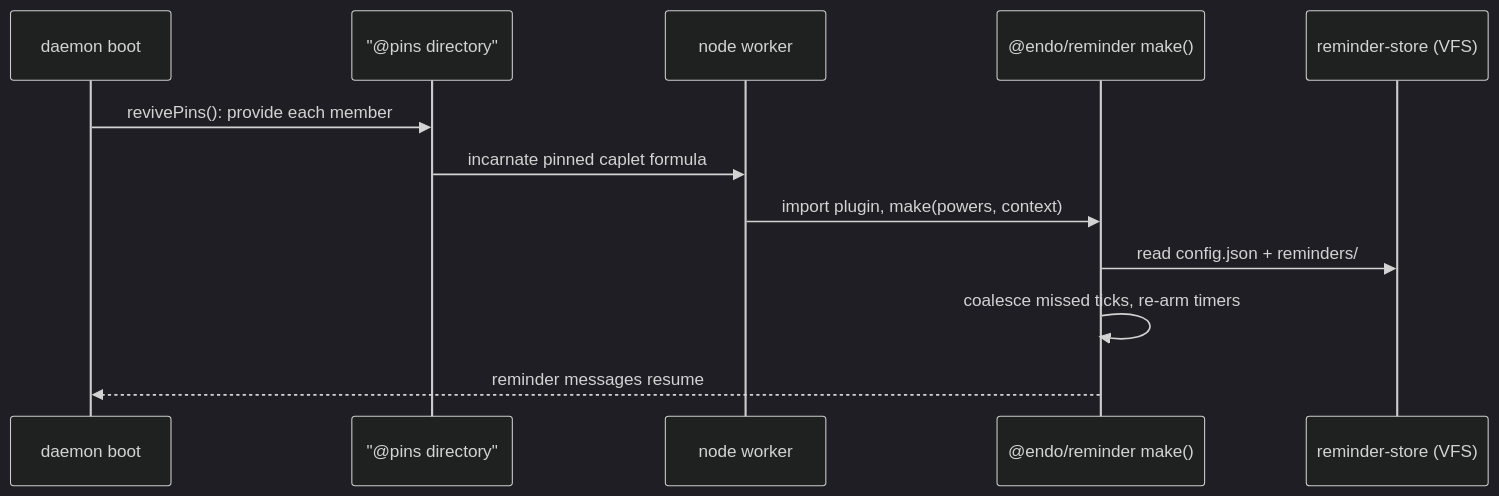
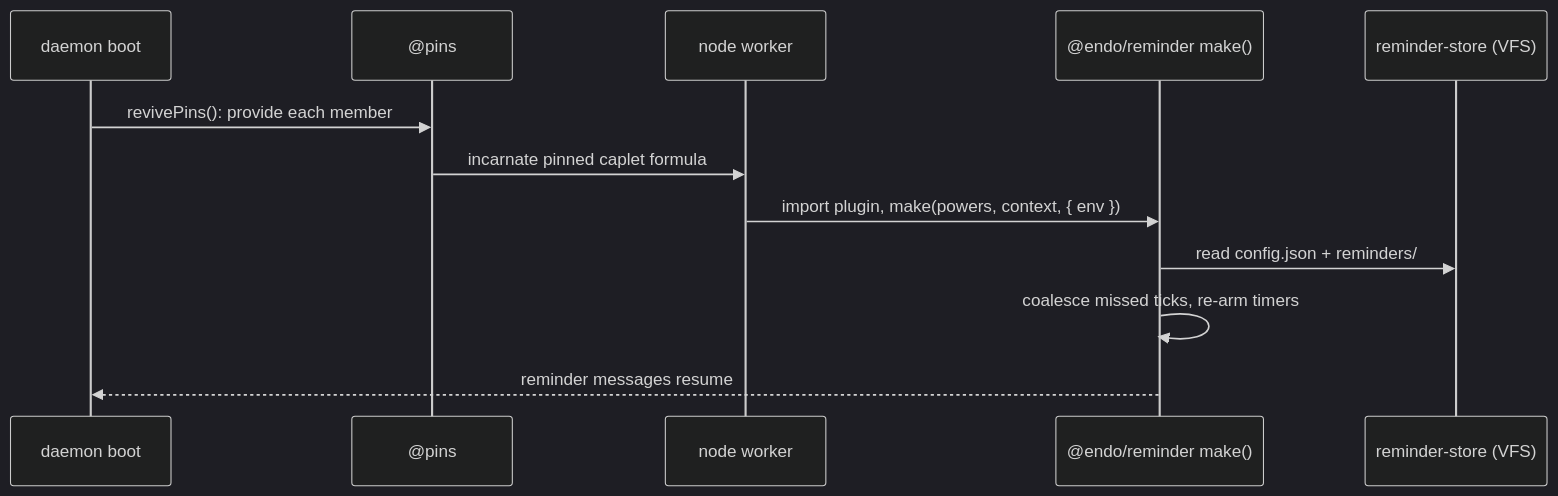
One commit to endojs/endo changed the diagram in designs/endo-reminder.md. Above: the diagram before and after it, drawn with Mermaid (dark theme). The commit also changed other lines of this file, not shown here.

````diff
--- a/designs/endo-reminder.md
+++ b/designs/endo-reminder.md
@@ -209,14 +222,14 @@
 ```mermaid
 sequenceDiagram
     participant Boot as daemon boot
-    participant Pins as "@pins directory"
+    participant Pins as @pins
     participant Worker as node worker
     participant R as @endo/reminder make()
     participant VFS as reminder-store (VFS)
     Boot->>Pins: revivePins(): provide each member
     Pins->>Worker: incarnate pinned caplet formula
-    Worker->>R: import plugin, make(powers, context)
+    Worker->>R: import plugin, make(powers, context, { env })
     R->>VFS: read config.json + reminders/
     R->>R: coalesce missed ticks, re-arm timers
     R-->>Boot: reminder messages resume
 ```
````
